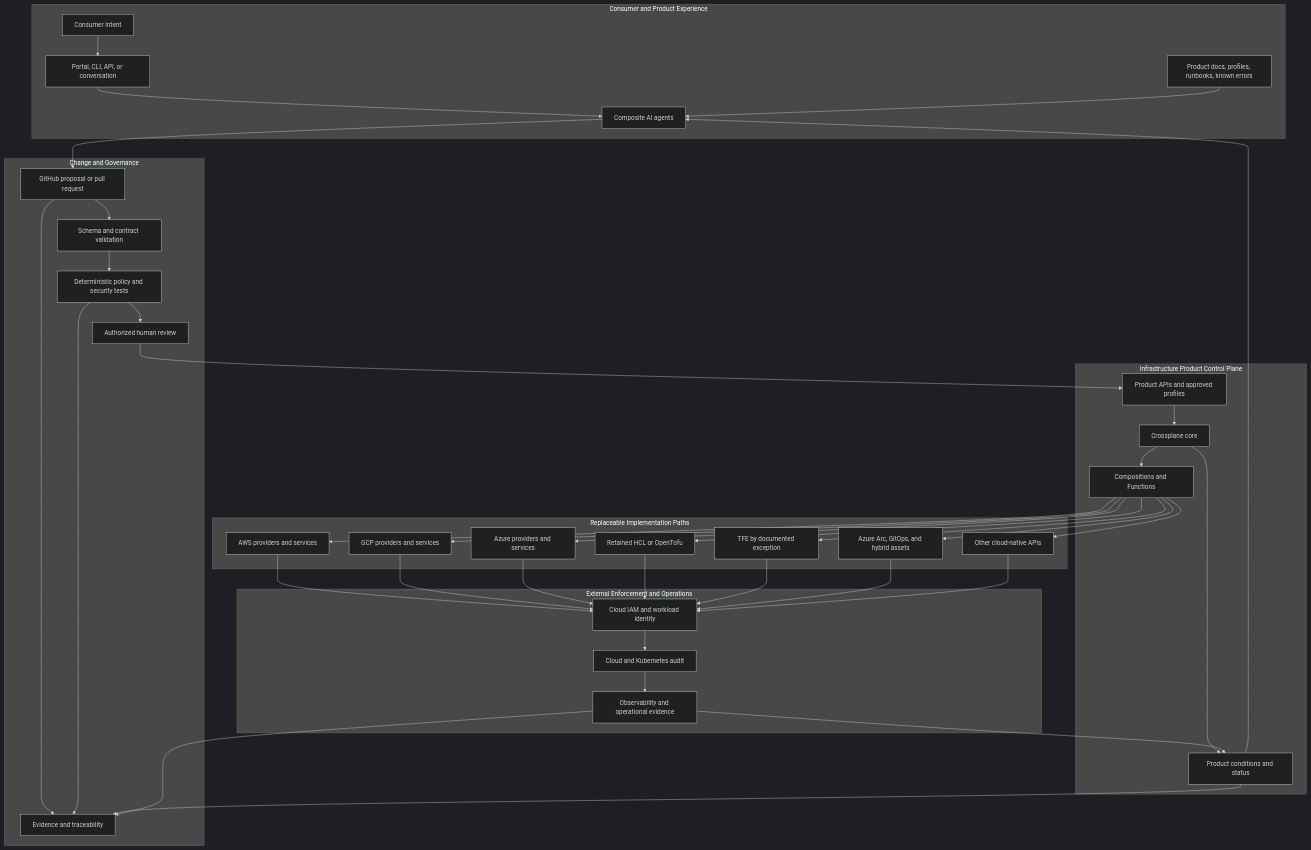
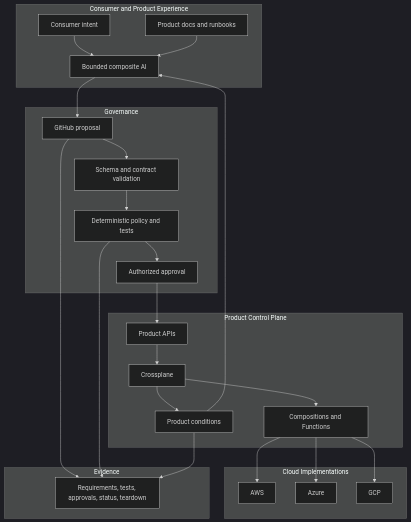
One commit to SAABOLImpactVenture/ai-powered-infrastructure-as-a-product changed the first of 2 diagrams in docs/architecture/product-control-plane.md. Above: the diagram before and after it, drawn with Mermaid (dark theme). The commit also changed other lines of this file and 1052 other files, not shown here.

First line of the commit message:
Supersede legacy accelerator stack with modern IaaP reference architecture (#91)

````diff
--- a/docs/architecture/product-control-plane.md
+++ b/docs/architecture/product-control-plane.md
@@ -21,73 +7,44 @@
 ```mermaid
 flowchart TB
   subgraph Experience[Consumer and Product Experience]
     C[Consumer intent]
-    PORTAL[Portal, CLI, API, or conversation]
-    AI[Composite AI agents]
-    DOCS[Product docs, profiles, runbooks, known errors]
-    C --> PORTAL
-    PORTAL --> AI
-    DOCS --> AI
+    AI[Bounded composite AI]
+    DOC[Product docs and runbooks]
+    C --> AI
+    DOC --> AI
   end
 
-  subgraph Governance[Change and Governance]
-    PR[GitHub proposal or pull request]
+  subgraph Governance[Governance]
+    PR[GitHub proposal]
     SCHEMA[Schema and contract validation]
-    POLICY[Deterministic policy and security tests]
-    REVIEW[Authorized human review]
-    EVID[Evidence and traceability]
-    AI --> PR
-    PR --> SCHEMA
-    SCHEMA --> POLICY
-    POLICY --> REVIEW
-    PR --> EVID
-    POLICY --> EVID
+    POLICY[Deterministic policy and tests]
+    HUMAN[Authorized approval]
+    AI --> PR --> SCHEMA --> POLICY --> HUMAN
   end
 
-  subgraph ProductPlane[Infrastructure Product Control Plane]
-    API[Product APIs and approved profiles]
-    XP[Crossplane core]
+  subgraph ControlPlane[Product Control Plane]
+    API[Product APIs]
+    XP[Crossplane]
     COMP[Compositions and Functions]
-    STATUS[Product conditions and status]
-    REVIEW --> API
-    API --> XP
-    XP --> COMP
+    STATUS[Product conditions]
+    HUMAN --> API --> XP --> COMP
     XP --> STATUS
     STATUS --> AI
-    STATUS --> EVID
   end
 
-  subgraph Implementations[Replaceable Implementation Paths]
-    AWS[AWS providers and services]
-    GCP[GCP providers and services]
-    AZ[Azure providers and services]
-    HCL[Retained HCL or OpenTofu]
-    TFE[TFE by documented exception]
-    ARC[Azure Arc, GitOps, and hybrid assets]
-    NATIVE[Other cloud-native APIs]
+  subgraph Clouds[Cloud Implementations]
+    AWS[AWS]
+    AZ[Azure]
+    GCP[GCP]
     COMP --> AWS
+    COMP --> AZ
     COMP --> GCP
-    COMP --> AZ
-    COMP --> HCL
-    COMP --> TFE
-    COMP --> ARC
-    COMP --> NATIVE
   end
 
-  subgraph Enforcement[External Enforcement and Operations]
-    IAM[Cloud IAM and workload identity]
-    AUDIT[Cloud and Kubernetes audit]
-    OBS[Observability and operational evidence]
-    AWS --> IAM
-    GCP --> IAM
-    AZ --> IAM
-    HCL --> IAM
-    TFE --> IAM
-    ARC --> IAM
-    NATIVE --> IAM
-    IAM --> AUDIT
-    AUDIT --> OBS
-    OBS --> STATUS
-    OBS --> EVID
+  subgraph Evidence[Evidence]
+    E[Requirements, tests, approvals, status, teardown]
+    PR --> E
+    POLICY --> E
+    STATUS --> E
   end
 ```
````
